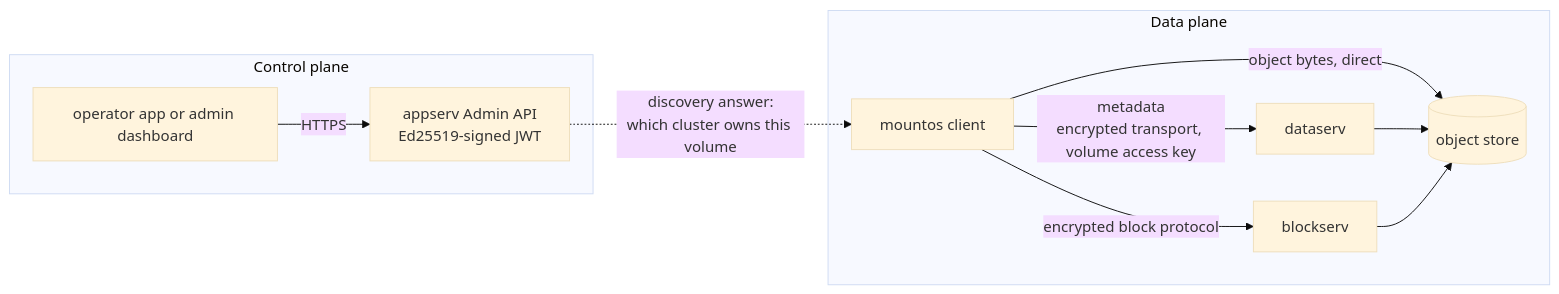
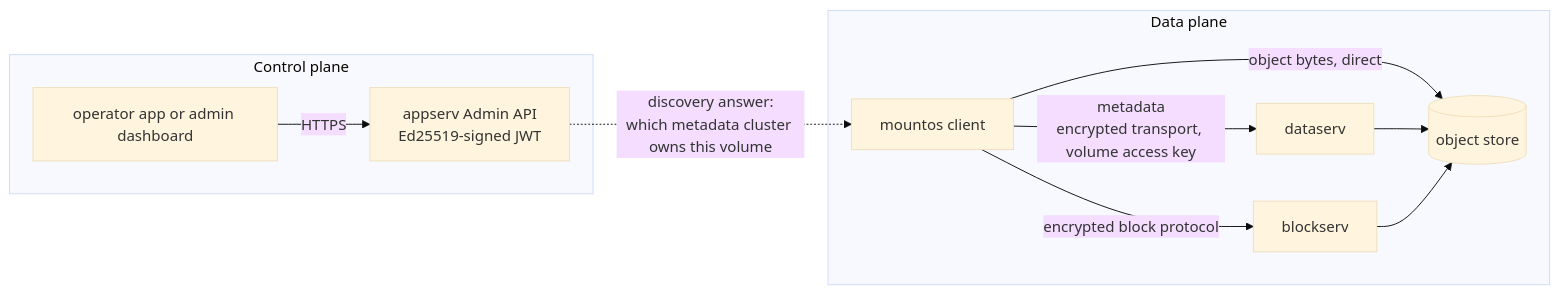
Before and after one commit to mountos-io/skills: the second of 6 diagrams in deploy/deploy.bundle.md, drawn with Mermaid (base theme). The commit also changed other lines of this file and 7 other files, not shown here.

First line of the commit message:
docs: rename region_cluster -> Metadata cluster in deploy skill prose

````diff
--- a/deploy/deploy.bundle.md
+++ b/deploy/deploy.bundle.md
@@ -267,22 +268,22 @@
 ```mermaid
 flowchart LR
   subgraph CONTROL["Control plane"]
     ADMIN["operator app or admin dashboard"]
     API["appserv Admin API<br/>Ed25519-signed JWT"]
     ADMIN -->|"HTTPS"| API
   end
 
   subgraph DATA["Data plane"]
     C["mountos client"]
     D["dataserv"]
     B["blockserv"]
     O[("object store")]
     C -->|"metadata<br/>encrypted transport, volume access key"| D
     C -->|"object bytes, direct"| O
     C -->|"encrypted block protocol"| B
     D --> O
     B --> O
   end
 
-  API -.->|"discovery answer:<br/>which cluster owns this volume"| C
+  API -.->|"discovery answer:<br/>which metadata cluster owns this volume"| C
 ```
````
